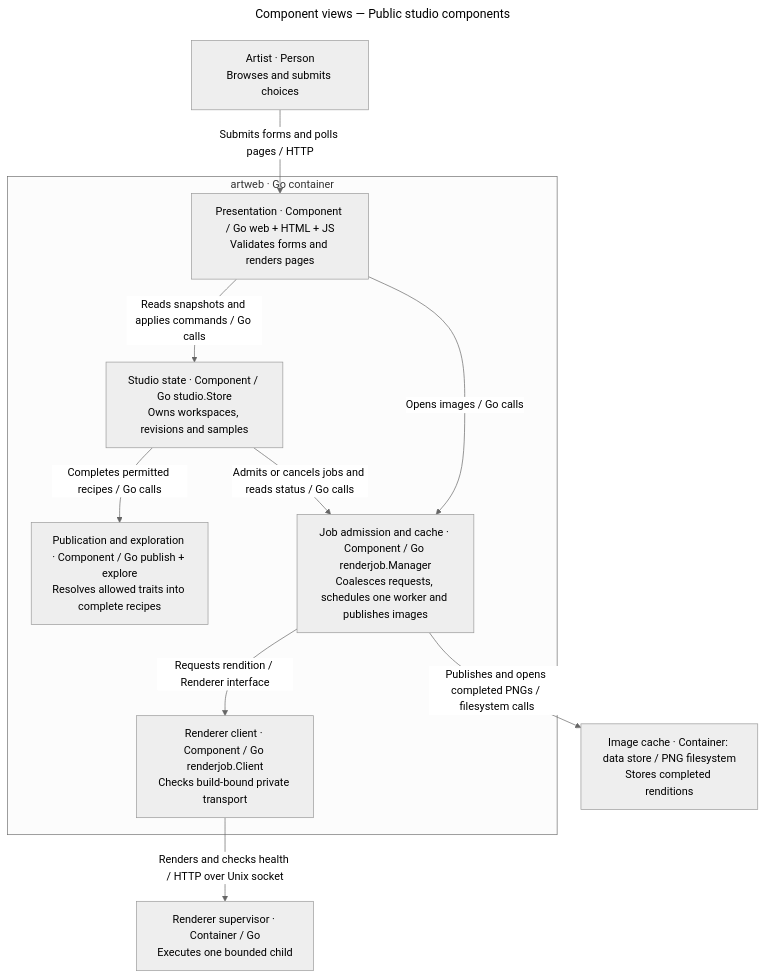
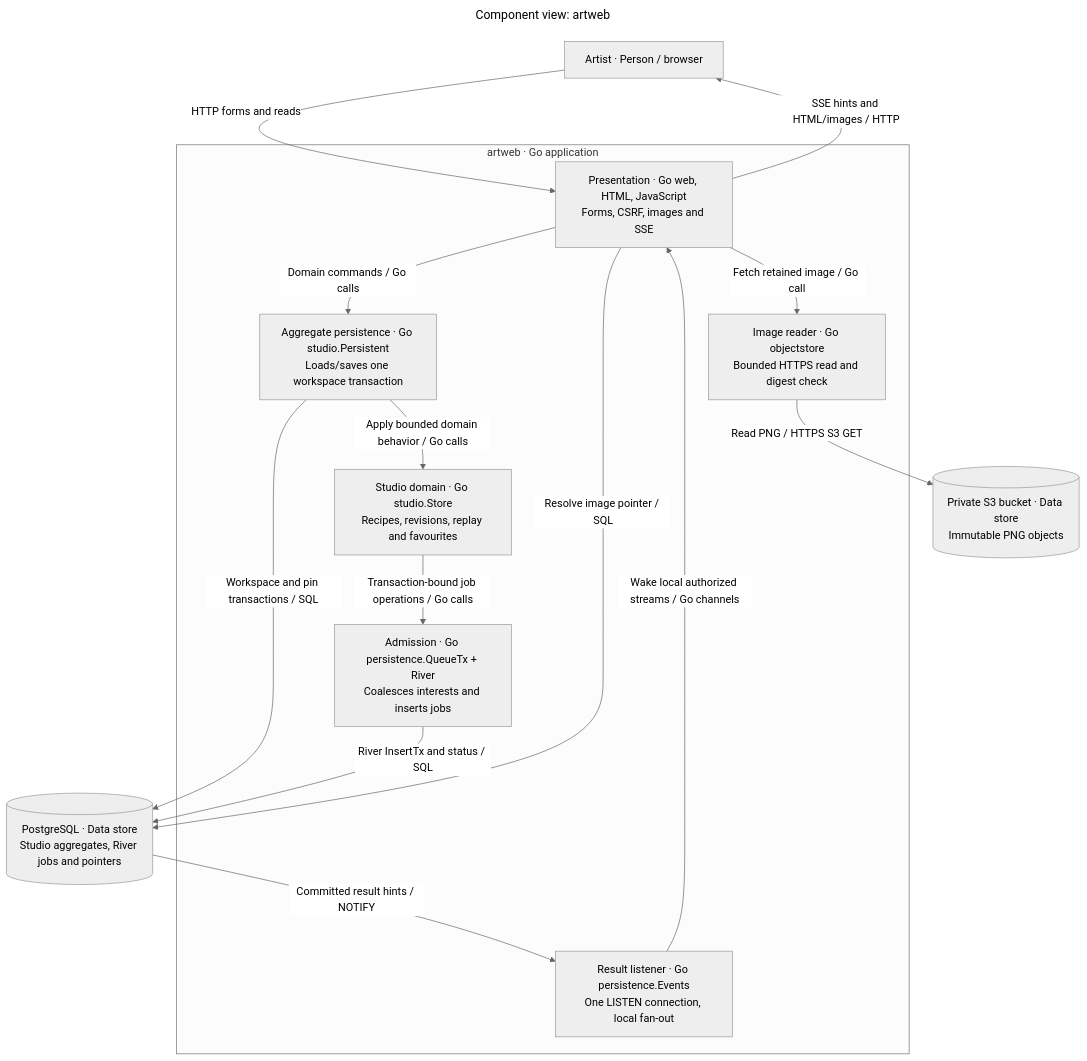
Before and after one commit to jaminalder/go-graphics: the first of 4 diagrams in docs/architecture/components.md, drawn with Mermaid (neutral theme). The commit also changed other lines of this file and 91 other files, not shown here.

Commit message:
Add PostgreSQL persistence, River rendering and S3 image storage

````diff
--- a/docs/architecture/components.md
+++ b/docs/architecture/components.md
@@ -9,24 +9,29 @@
 ```mermaid
 ---
-title: "Component views — Public studio components"
+title: "Component view: artweb"
 ---
 flowchart TB
-    person["Artist · Person<br/>Browses and submits choices"]
-    subgraph app["artweb · Go container"]
-        http["Presentation · Component / Go web + HTML + JS<br/>Validates forms and renders pages"]
-        state["Studio state · Component / Go studio.Store<br/>Owns workspaces, revisions and samples"]
-        policy["Publication and exploration · Component / Go publish + explore<br/>Resolves allowed traits into complete recipes"]
-        jobs["Job admission and cache · Component / Go renderjob.Manager<br/>Coalesces requests, schedules one worker and publishes images"]
-        client["Renderer client · Component / Go renderjob.Client<br/>Checks build-bound private transport"]
+    artist["Artist · Person / browser"]
+    subgraph app["artweb · Go application"]
+        http["Presentation · Go web, HTML, JavaScript<br/>Forms, CSRF, images and SSE"]
+        domain["Studio domain · Go studio.Store<br/>Recipes, revisions, replay and favourites"]
+        persistence["Aggregate persistence · Go studio.Persistent<br/>Loads/saves one workspace transaction"]
+        queue["Admission · Go persistence.QueueTx + River<br/>Coalesces interests and inserts jobs"]
+        listener["Result listener · Go persistence.Events<br/>One LISTEN connection, local fan-out"]
+        images["Image reader · Go objectstore<br/>Bounded HTTPS read and digest check"]
     end
-    supervisor["Renderer supervisor · Container / Go<br/>Executes one bounded child"]
-    cache["Image cache · Container: data store / PNG filesystem<br/>Stores completed renditions"]
-    person -->|Submits forms and polls pages / HTTP| http
-    http -->|Reads snapshots and applies commands / Go calls| state
-    http -->|Opens images / Go calls| jobs
-    state -->|Completes permitted recipes / Go calls| policy
-    state -->|Admits or cancels jobs and reads status / Go calls| jobs
-    jobs -->|Requests rendition / Renderer interface| client
-    client -->|Renders and checks health / HTTP over Unix socket| supervisor
-    jobs -->|Publishes and opens completed PNGs / filesystem calls| cache
+    db[("PostgreSQL · Data store<br/>Studio aggregates, River jobs and pointers")]
+    bucket[("Private S3 bucket · Data store<br/>Immutable PNG objects")]
+    artist -->|HTTP forms and reads| http
+    http -->|Domain commands / Go calls| persistence
+    persistence -->|Apply bounded domain behavior / Go calls| domain
+    domain -->|Transaction-bound job operations / Go calls| queue
+    persistence -->|Workspace and pin transactions / SQL| db
+    queue -->|River InsertTx and status / SQL| db
+    db -->|Committed result hints / NOTIFY| listener
+    listener -->|Wake local authorized streams / Go channels| http
+    http -->|Resolve image pointer / SQL| db
+    http -->|Fetch retained image / Go call| images
+    images -->|Read PNG / HTTPS S3 GET| bucket
+    http -->|SSE hints and HTML/images / HTTP| artist
 ```
````
